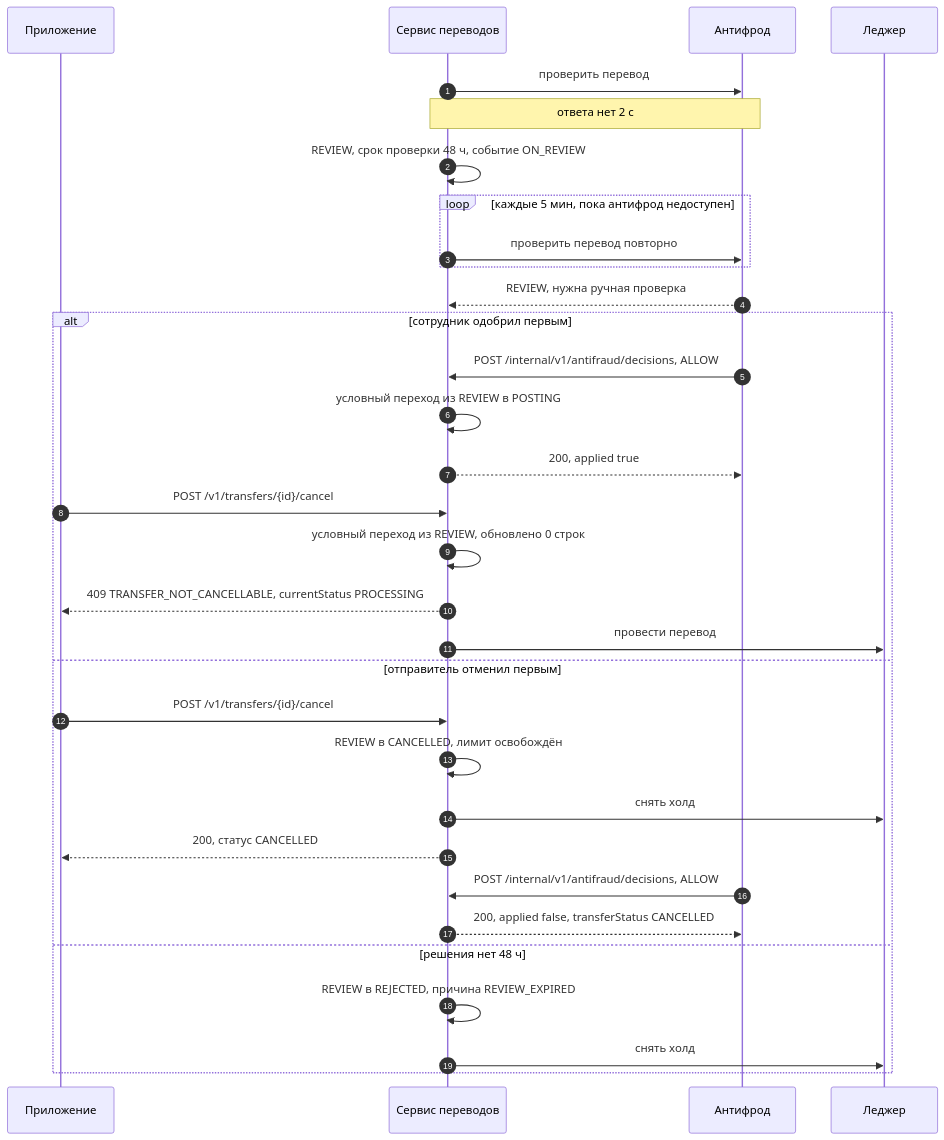
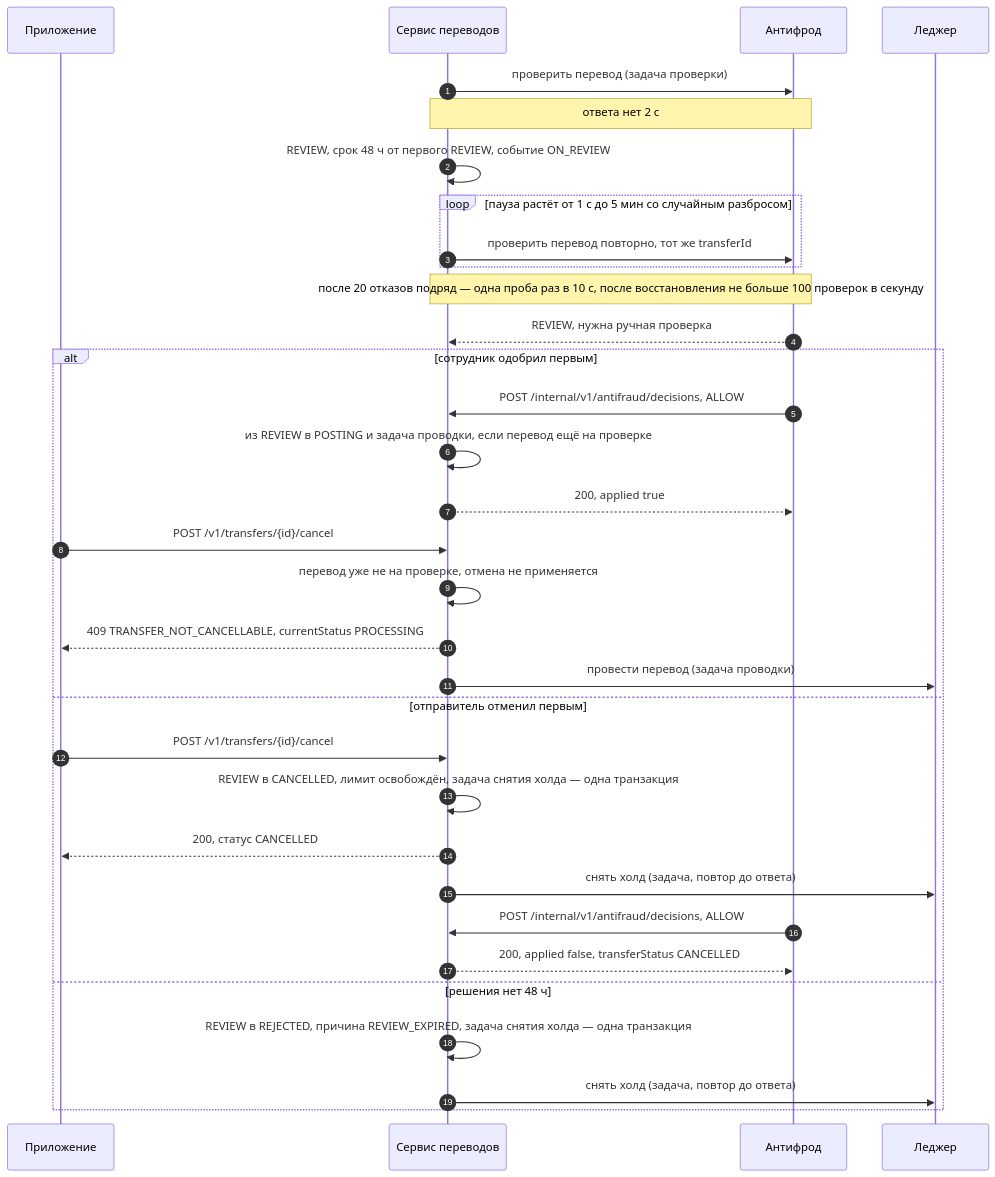
Before and after one commit to KORTEZZ12/phone-transfers: the fourth of 6 diagrams in docs/design/sequences.md, drawn with Mermaid. The commit also changed other lines of this file and 14 other files, not shown here.

````diff
--- a/docs/design/sequences.md
+++ b/docs/design/sequences.md
@@ -105,34 +108,35 @@
 ```mermaid
 sequenceDiagram
   autonumber
   participant App as Приложение
   participant TS as Сервис переводов
   participant AF as Антифрод
   participant L as Леджер
-  TS->>AF: проверить перевод
+  TS->>AF: проверить перевод (задача проверки)
   Note over TS,AF: ответа нет 2 с
-  TS->>TS: REVIEW, срок проверки 48 ч, событие ON_REVIEW
-  loop каждые 5 мин, пока антифрод недоступен
-    TS->>AF: проверить перевод повторно
+  TS->>TS: REVIEW, срок 48 ч от первого REVIEW, событие ON_REVIEW
+  loop пауза растёт от 1 с до 5 мин со случайным разбросом
+    TS->>AF: проверить перевод повторно, тот же transferId
   end
+  Note over TS,AF: после 20 отказов подряд — одна проба раз в 10 с, после восстановления не больше 100 проверок в секунду
   AF-->>TS: REVIEW, нужна ручная проверка
   alt сотрудник одобрил первым
     AF->>TS: POST /internal/v1/antifraud/decisions, ALLOW
-    TS->>TS: условный переход из REVIEW в POSTING
+    TS->>TS: из REVIEW в POSTING и задача проводки, если перевод ещё на проверке
     TS-->>AF: 200, applied true
     App->>TS: POST /v1/transfers/{id}/cancel
-    TS->>TS: условный переход из REVIEW, обновлено 0 строк
+    TS->>TS: перевод уже не на проверке, отмена не применяется
     TS-->>App: 409 TRANSFER_NOT_CANCELLABLE, currentStatus PROCESSING
-    TS->>L: провести перевод
+    TS->>L: провести перевод (задача проводки)
   else отправитель отменил первым
     App->>TS: POST /v1/transfers/{id}/cancel
-    TS->>TS: REVIEW в CANCELLED, лимит освобождён
-    TS->>L: снять холд
+    TS->>TS: REVIEW в CANCELLED, лимит освобождён, задача снятия холда — одна транзакция
     TS-->>App: 200, статус CANCELLED
+    TS->>L: снять холд (задача, повтор до ответа)
     AF->>TS: POST /internal/v1/antifraud/decisions, ALLOW
     TS-->>AF: 200, applied false, transferStatus CANCELLED
   else решения нет 48 ч
-    TS->>TS: REVIEW в REJECTED, причина REVIEW_EXPIRED
-    TS->>L: снять холд
+    TS->>TS: REVIEW в REJECTED, причина REVIEW_EXPIRED, задача снятия холда — одна транзакция
+    TS->>L: снять холд (задача, повтор до ответа)
   end
 ```
````
